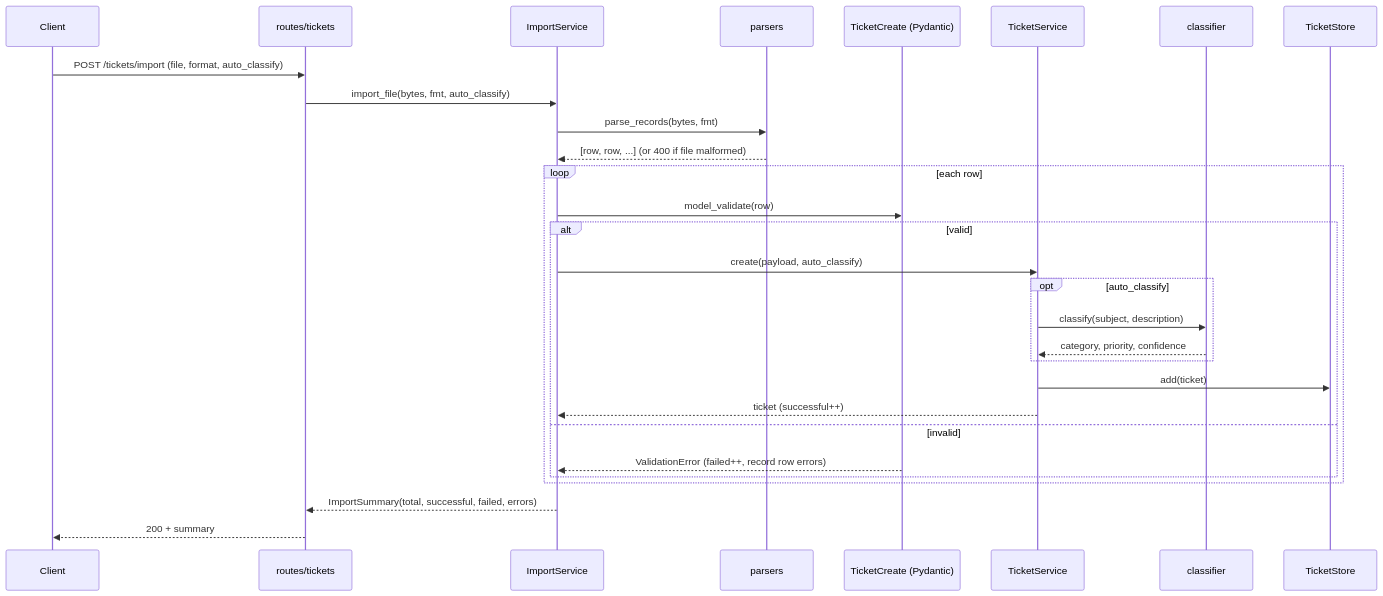
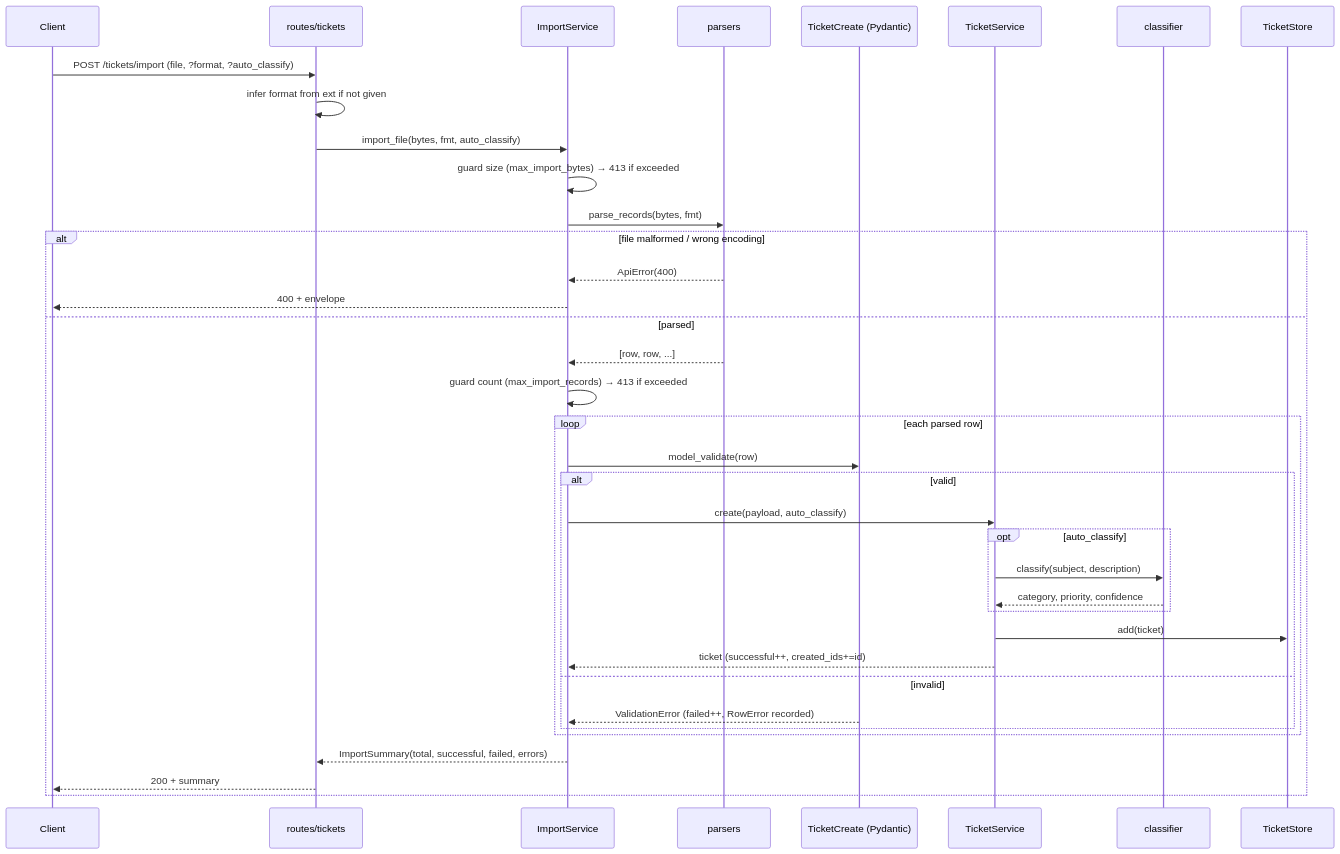
The second of 3 diagrams in homework-2/docs/ARCHITECTURE.md (tsanm/gen-ai-software-engineering), drawn with Mermaid before and after one commit. The commit also changed other lines of this file and 7 other files, not shown here.

````diff
--- a/homework-2/docs/ARCHITECTURE.md
+++ b/homework-2/docs/ARCHITECTURE.md
@@ -58,32 +77,40 @@
 ```mermaid
 sequenceDiagram
     participant C as Client
     participant R as routes/tickets
     participant IS as ImportService
     participant P as parsers
     participant TC as TicketCreate (Pydantic)
     participant TS as TicketService
     participant CL as classifier
     participant DB as TicketStore
 
-    C->>R: POST /tickets/import (file, format, auto_classify)
+    C->>R: POST /tickets/import (file, ?format, ?auto_classify)
+    R->>R: infer format from ext if not given
     R->>IS: import_file(bytes, fmt, auto_classify)
+    IS->>IS: guard size (max_import_bytes) → 413 if exceeded
     IS->>P: parse_records(bytes, fmt)
-    P-->>IS: [row, row, ...]  (or 400 if file malformed)
-    loop each row
-        IS->>TC: model_validate(row)
-        alt valid
-            IS->>TS: create(payload, auto_classify)
-            opt auto_classify
-                TS->>CL: classify(subject, description)
-                CL-->>TS: category, priority, confidence
+    alt file malformed / wrong encoding
+        P-->>IS: ApiError(400)
+        IS-->>C: 400 + envelope
+    else parsed
+        P-->>IS: [row, row, ...]
+        IS->>IS: guard count (max_import_records) → 413 if exceeded
+        loop each parsed row
+            IS->>TC: model_validate(row)
+            alt valid
+                IS->>TS: create(payload, auto_classify)
+                opt auto_classify
+                    TS->>CL: classify(subject, description)
+                    CL-->>TS: category, priority, confidence
+                end
+                TS->>DB: add(ticket)
+                TS-->>IS: ticket  (successful++, created_ids+=id)
+            else invalid
+                TC-->>IS: ValidationError  (failed++, RowError recorded)
             end
-            TS->>DB: add(ticket)
-            TS-->>IS: ticket  (successful++)
-        else invalid
-            TC-->>IS: ValidationError  (failed++, record row errors)
         end
+        IS-->>R: ImportSummary(total, successful, failed, errors)
+        R-->>C: 200 + summary
     end
-    IS-->>R: ImportSummary(total, successful, failed, errors)
-    R-->>C: 200 + summary
 ```
````
